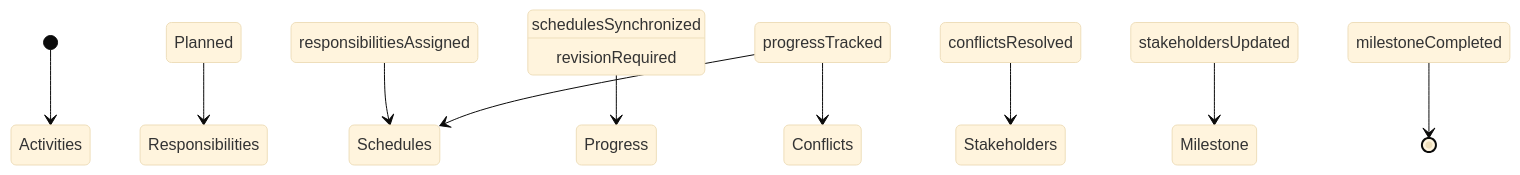
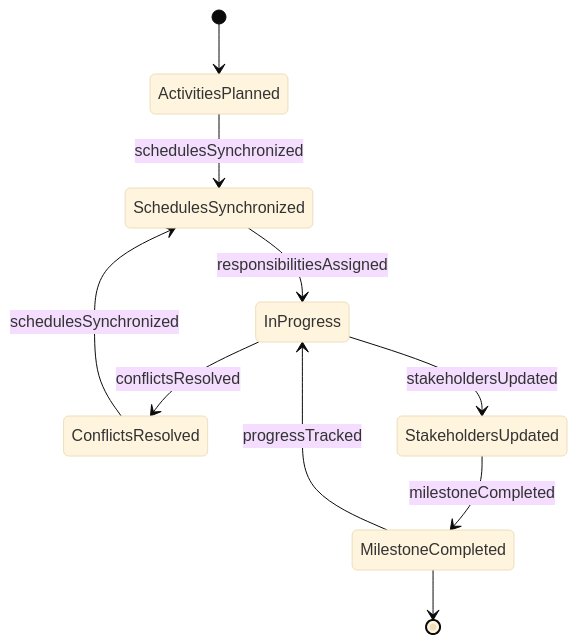
The second of 4 diagrams in CommunicatingWithSupervisorsPeersOrSubordinates/CoordinateActivitiesWithClientsAgenciesOrOrganizations/CoordinateActivitiesSuppliersContractorsClients.mdx (dot-org-ai/tasks.org.ai), drawn with Mermaid (base theme) before and after one commit. The commit also changed other lines of this file and 515 other files, not shown here.

````diff
--- a/CommunicatingWithSupervisorsPeersOrSubordinates/CoordinateActivitiesWithClientsAgenciesOrOrganizations/CoordinateActivitiesSuppliersContractorsClients.mdx
+++ b/CommunicatingWithSupervisorsPeersOrSubordinates/CoordinateActivitiesWithClientsAgenciesOrOrganizations/CoordinateActivitiesSuppliersContractorsClients.mdx
@@ -99,12 +99,12 @@
 ```mermaid
 stateDiagram-v2
-    [*] --> Activities Planned
-    Activities Planned --> Responsibilities Assigned : responsibilitiesAssigned
-    Responsibilities Assigned --> Schedules Synchronized : schedulesSynchronized
-    Schedules Synchronized --> Progress Tracked : progressTracked
-    Progress Tracked --> Conflicts Resolved : conflictsResolved
-    Conflicts Resolved --> Stakeholders Updated : stakeholdersUpdated
-    Stakeholders Updated --> Milestone Completed : milestoneCompleted
-    Progress Tracked --> Schedules Synchronized : revisionRequired
-    Milestone Completed --> [*]
+    [*] --> ActivitiesPlanned
+    ActivitiesPlanned --> SchedulesSynchronized : schedulesSynchronized
+    SchedulesSynchronized --> InProgress : responsibilitiesAssigned
+    InProgress --> ConflictsResolved : conflictsResolved
+    InProgress --> StakeholdersUpdated : stakeholdersUpdated
+    ConflictsResolved --> SchedulesSynchronized : schedulesSynchronized
+    StakeholdersUpdated --> MilestoneCompleted : milestoneCompleted
+    MilestoneCompleted --> InProgress : progressTracked
+    MilestoneCompleted --> [*]
 ```
````
